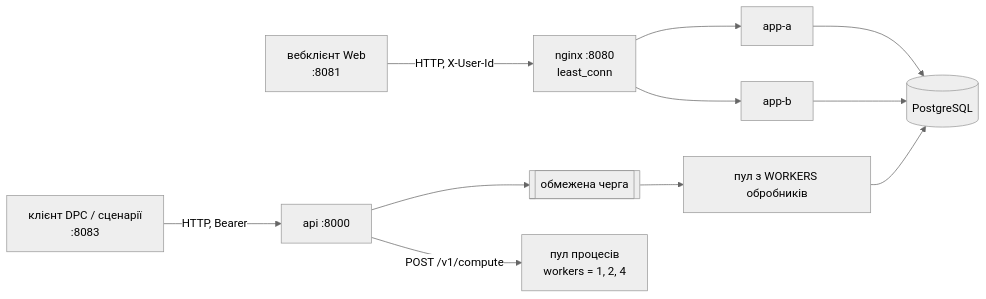
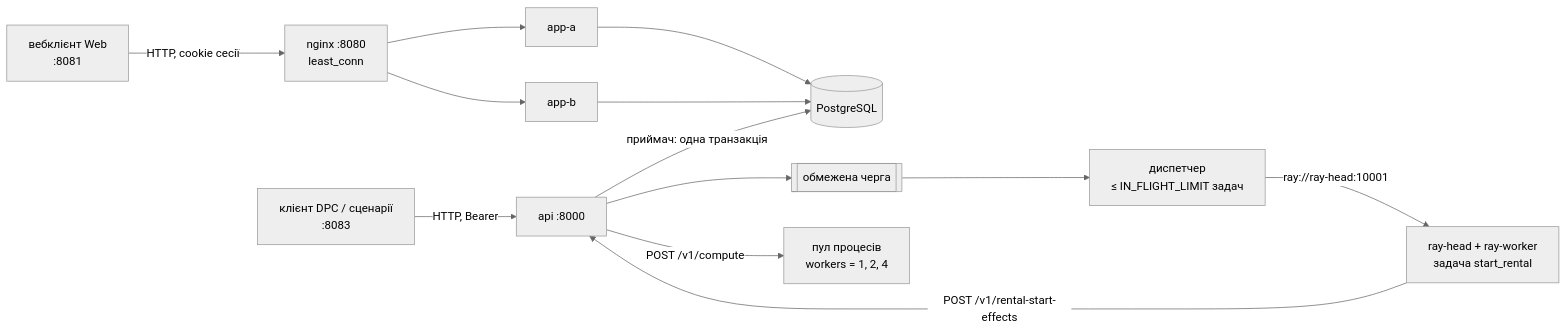
Before and after one commit to GabroNagornyuk/carsharing-c08: the second of 3 diagrams in README.md, drawn with Mermaid (neutral theme). The commit also changed other lines of this file and 39 other files, not shown here.

Commit message:
ЛР3 Web і DPC: вхід через сесію в cookie, доступ і функція персоналу, CORS і перевірка Origin, обмеження спроб входу; задачі Ray, межа незавершених задач, приймач ефекту, відмова виконавця, Idempotency-Key

````diff
--- a/README.md
+++ b/README.md
@@ -65,11 +67,14 @@
 ```mermaid
 flowchart LR
-    WC[вебклієнт Web<br/>:8081] -->|HTTP, X-User-Id| N[nginx :8080<br/>least_conn]
+    WC[вебклієнт Web<br/>:8081] -->|HTTP, cookie сесії| N[nginx :8080<br/>least_conn]
     N --> A[app-a]
     N --> B[app-b]
     A --> PG[(PostgreSQL)]
     B --> PG
     DC[клієнт DPC / сценарії<br/>:8083] -->|HTTP, Bearer| API[api :8000]
-    API --> Q[[обмежена черга]] --> W[пул з WORKERS обробників] --> PG
+    API --> Q[[обмежена черга]] --> D[диспетчер<br/>≤ IN_FLIGHT_LIMIT задач]
+    D -->|ray://ray-head:10001| RAY[ray-head + ray-worker<br/>задача start_rental]
+    RAY -->|POST /v1/rental-start-effects| API
+    API -->|приймач: одна транзакція| PG
     API -->|POST /v1/compute| PP[пул процесів<br/>workers = 1, 2, 4]
 ```
````
